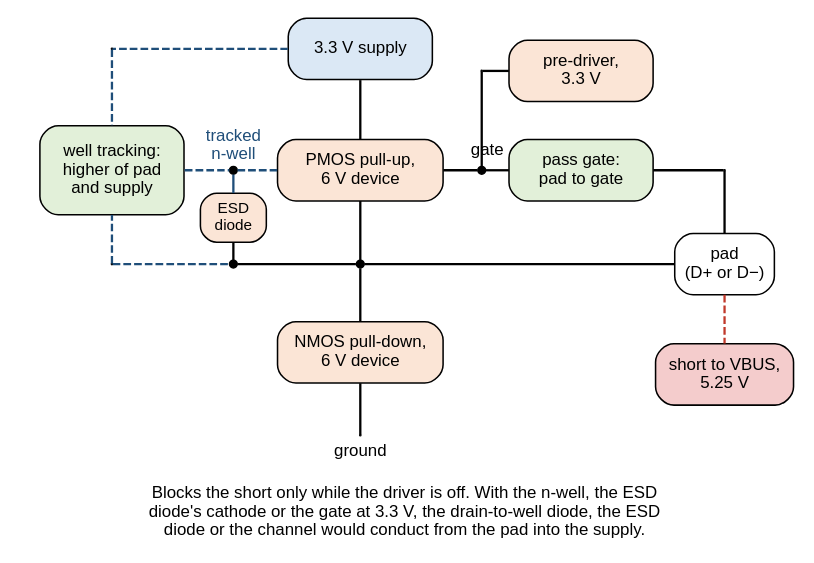
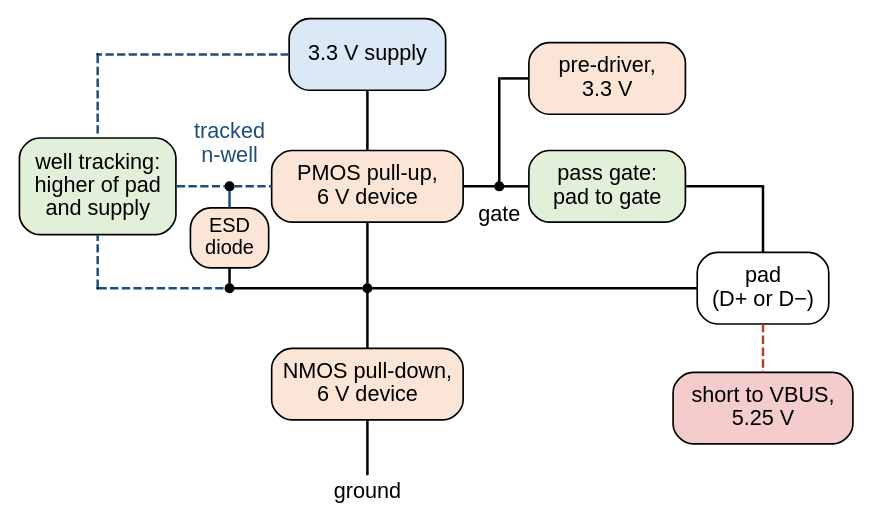
The diagram in docs/usb-serial/analogue/custom-stage.dot (mithro/evampire), drawn with Graphviz before and after one commit.

Commit message:
Enlarge the text of the custom output stage figure
Its text was about 6 px at 400 px. The note below the drawing repeated
the caption and the text, so it is removed, and the labels are 13 pt.

```diff
--- a/docs/usb-serial/analogue/custom-stage.dot
+++ b/docs/usb-serial/analogue/custom-stage.dot
@@ -1,61 +1,59 @@
 // A custom output stage that survives a 5.25 V short on the pad while the
 // driver is off: a tracking block holds the PMOS n-well at the higher of
 // the pad and the 3.3 V supply, the pad's ESD diode has its cathode on that
 // tracked well instead of on 3.3 V, and a pass gate lifts the off PMOS's
 // gate to the pad voltage, which the 3.3 V pre-driver cannot.
 //
 // Fixed grid (positions in inches): supply at the top (y=3.7), the PMOS
 // row at y=2.6, the output node along y=1.75, ground at the bottom
 // (y=0.2). Dashed blue lines are the tracked n-well and its sense inputs.
 //
 // SPDX-License-Identifier: Apache-2.0
 
 graph custom_stage {
     graph [layout=neato, splines=false, overlap=true, fontname="Helvetica",
            size="7.4,4.5"];
     node  [shape=box, style="rounded,filled", fillcolor="#f2f2f2",
-           fontname="Helvetica", fontsize=11, width=1.5, height=0.55,
+           fontname="Helvetica", fontsize=13, width=1.6, height=0.6,
            fixedsize=true];
     edge  [penwidth=1.5];
 
     vdd  [pos="3.0,3.7!", width=1.3, label="3.3 V supply", fillcolor="#dbe8f5"];
     pmos [pos="3.0,2.6!", label="PMOS pull-up,\n6 V device", fillcolor="#fbe5d6"];
     nmos [pos="3.0,0.95!", label="NMOS pull-down,\n6 V device", fillcolor="#fbe5d6"];
     trk  [pos="0.75,2.6!", width=1.3, height=0.8,
           label="well tracking:\nhigher of pad\nand supply", fillcolor="#e2f0d9"];
-    esd  [pos="1.85,2.17!", width=0.6, height=0.45, fontsize=10,
+    esd  [pos="1.85,2.17!", width=0.65, height=0.5, fontsize=12,
           label="ESD\ndiode", fillcolor="#fbe5d6"];
     pg   [pos="5.0,2.6!", width=1.3, label="pass gate:\npad to gate", fillcolor="#e2f0d9"];
     pre  [pos="5.0,3.5!", width=1.3, label="pre-driver,\n3.3 V", fillcolor="#fbe5d6"];
-    pad  [pos="6.3,1.75!", width=0.9, label="pad\n(D+ or D−)", fillcolor="#ffffff"];
-    vb   [pos="6.3,0.75!", width=1.25, label="short to VBUS,\n5.25 V", fillcolor="#f4cccc"];
+    pad  [pos="6.3,1.75!", width=1.1, label="pad\n(D+ or D−)", fillcolor="#ffffff"];
+    vb   [pos="6.3,0.75!", width=1.5, label="short to VBUS,\n5.25 V", fillcolor="#f4cccc"];
 
-    node [shape=plaintext, style="", fontsize=11, width=1.2, height=0.2];
+    node [shape=plaintext, style="", fontsize=13, width=1.2, height=0.2];
     g_l  [pos="3.0,0.05!", width=0.8, label="ground"];
-    w_l  [pos="1.85,2.82!", width=1.0, fontcolor="#1f4e79", label="tracked\nn-well", height=0.35];
-    gt_l [pos="4.15,2.78!", width=0.5, label="gate"];
-    nt   [pos="3.4,-0.5!", width=7.0, height=0.55,
-          label="Blocks the short only while the driver is off. With the n-well, the ESD\ndiode's cathode or the gate at 3.3 V, the drain-to-well diode, the ESD\ndiode or the channel would conduct from the pad into the supply."];
+    w_l  [pos="1.85,2.95!", width=1.0, fontcolor="#1f4e79", label="tracked\nn-well", height=0.45];
+    gt_l [pos="4.1,2.36!", width=0.5, label="gate"];
 
     node [shape=point, width=0.07, height=0.07, label="", style=filled, fillcolor=black];
     k1  [pos="3.0,1.75!"];
     j1  [pos="1.85,2.6!"];
     j2  [pos="1.85,1.75!"];
     gj  [pos="4.1,2.6!"];
     gb  [pos="3.0,0.2!", width=0.01];
     c1  [pos="0.75,3.7!", width=0.01];
     c4  [pos="0.75,1.75!", width=0.01];
     c5  [pos="6.3,2.6!", width=0.01];
     c7  [pos="4.1,3.5!", width=0.01];
 
     vdd -- pmos -- k1 -- nmos -- gb;
     k1 -- pad;  pad -- vb [style=dashed, color="#c0392b"];
     trk -- j1 [style=dashed, color="#1f4e79"];
     j1 -- pmos [style=dashed, color="#1f4e79"];
     j1 -- esd [color="#1f4e79"];  esd -- j2;
     vdd -- c1 [style=dashed, color="#1f4e79"];  c1 -- trk [style=dashed, color="#1f4e79"];
     c4 -- trk [style=dashed, color="#1f4e79"];
     c4 -- j2 [style=dashed, color="#1f4e79"];  j2 -- k1;
     pmos -- gj;  gj -- pg;  pg -- c5;  c5 -- pad;
     pre -- c7;  c7 -- gj;
 }
```
